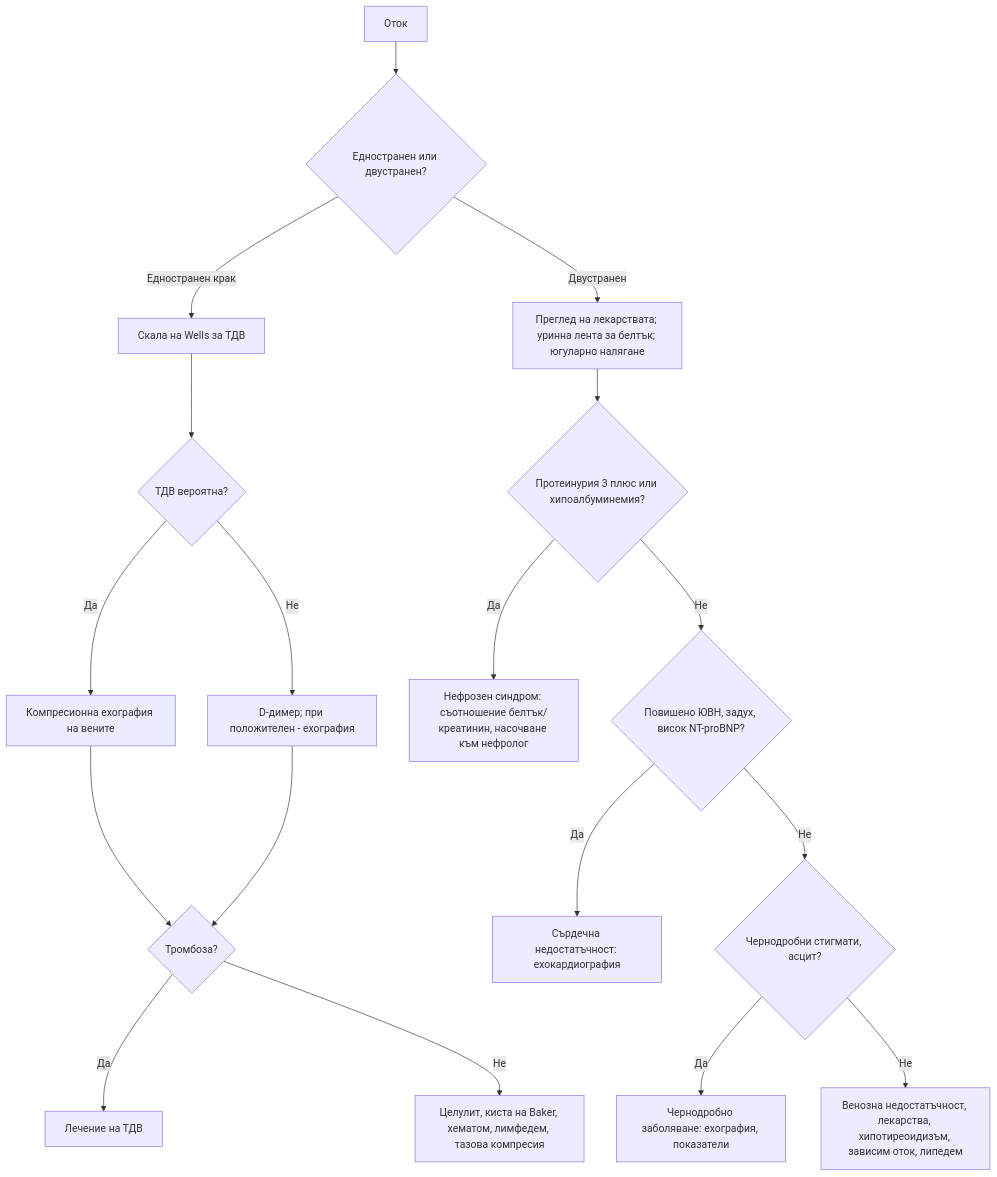
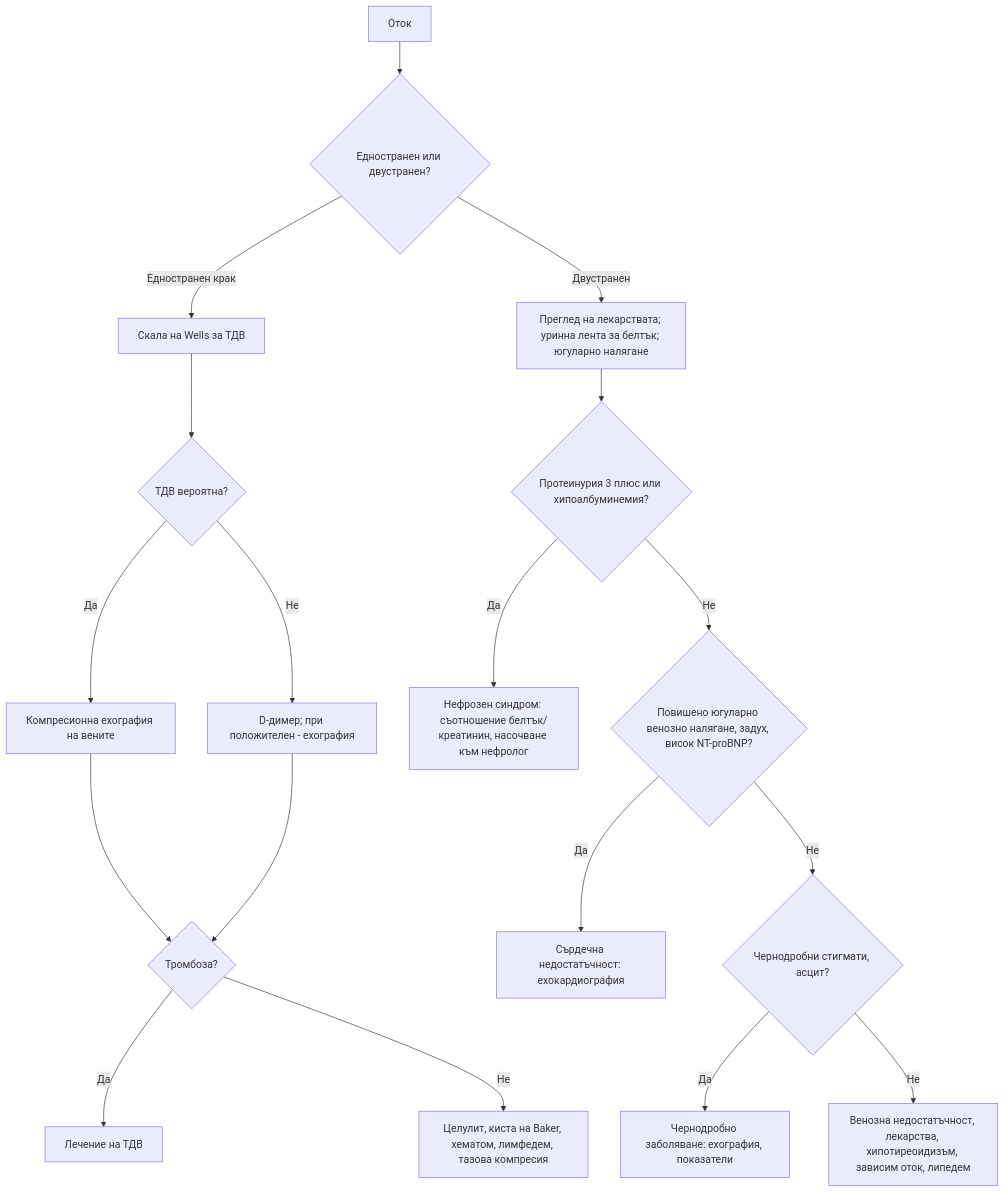
One commit to yancho26/yancho changed the diagram in glavi/08-ototsi.md. Above: the diagram before and after it, drawn with Mermaid. The commit also changed 46 other files, not shown here.

````diff
--- a/glavi/08-ototsi.md
+++ b/glavi/08-ototsi.md
@@ -187,20 +187,20 @@
 ```mermaid
 flowchart TD
     A["Оток"] --> B{"Едностранен или двустранен?"}
     B -->|Едностранен крак| C["Скала на Wells за ТДВ"]
     C --> D{"ТДВ вероятна?"}
     D -->|Да| E["Компресионна ехография на вените"]
     D -->|Не| F["D-димер; при положителен - ехография"]
     E --> G{"Тромбоза?"}
     F --> G
     G -->|Да| H["Лечение на ТДВ"]
     G -->|Не| I["Целулит, киста на Baker, хематом, лимфедем, тазова компресия"]
     B -->|Двустранен| J["Преглед на лекарствата; уринна лента за белтък; югуларно налягане"]
     J --> K{"Протеинурия 3 плюс или хипоалбуминемия?"}
     K -->|Да| L["Нефрозен синдром: съотношение белтък/креатинин, насочване към нефролог"]
-    K -->|Не| M{"Повишено ЮВН, задух, висок NT-proBNP?"}
+    K -->|Не| M{"Повишено югуларно венозно налягане, задух, висок NT-proBNP?"}
     M -->|Да| N["Сърдечна недостатъчност: ехокардиография"]
     M -->|Не| O{"Чернодробни стигмати, асцит?"}
     O -->|Да| P["Чернодробно заболяване: ехография, показатели"]
     O -->|Не| Q["Венозна недостатъчност, лекарства, хипотиреоидизъм, зависим оток, липедем"]
 ```
````
